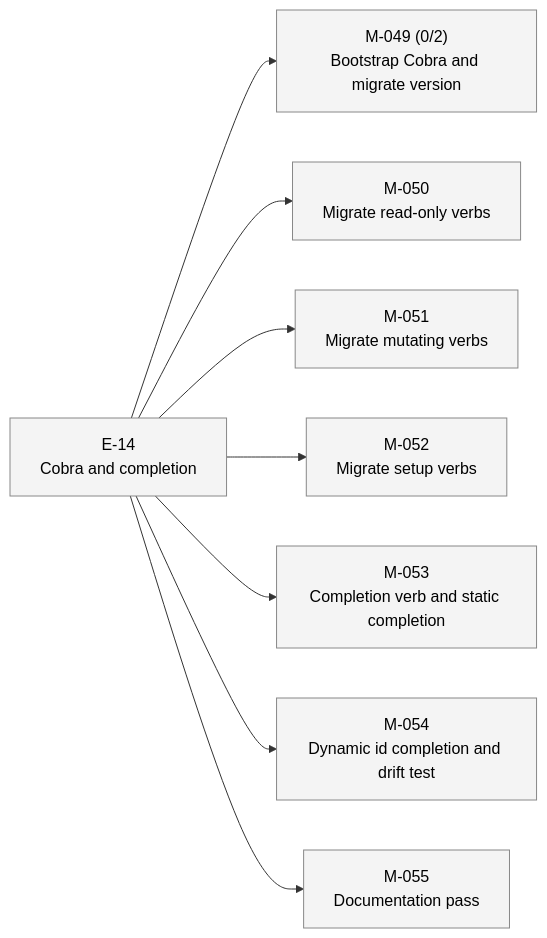
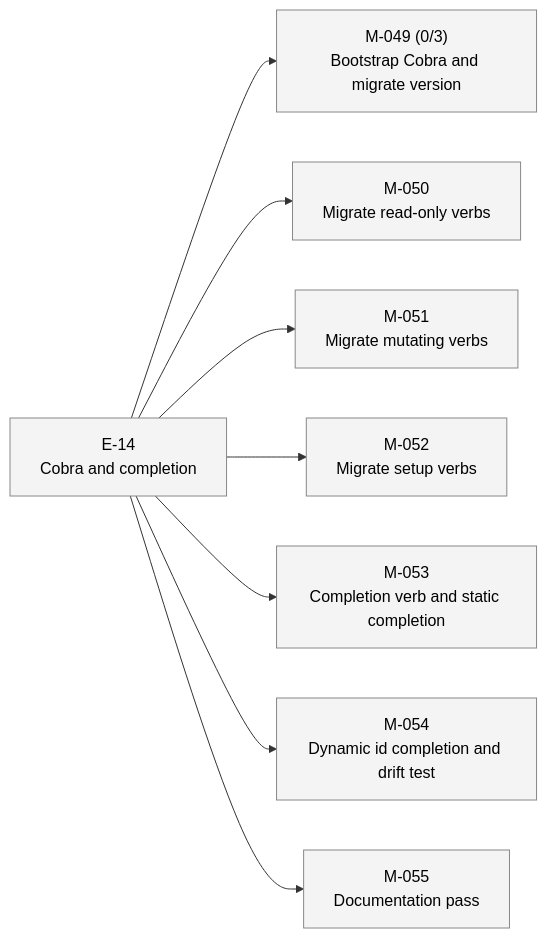
The second of 2 diagrams in STATUS.md (23min/aiwf), drawn with Mermaid before and after one commit. The commit also changed other lines of this file and 1 other file, not shown here.

First line of the commit message:
aiwf add ac M-049/AC-3 "version verb migrated; --format=json envelope shape preserved byte-exact"

````diff
--- a/STATUS.md
+++ b/STATUS.md
@@ -38,24 +38,24 @@
 ```mermaid
 flowchart LR
   E_14["E-14<br/>Cobra and completion"]:::epic_proposed
-  M_049["M-049 (0/2)<br/>Bootstrap Cobra and migrate version"]:::ms_draft
+  M_049["M-049 (0/3)<br/>Bootstrap Cobra and migrate version"]:::ms_draft
   E_14 --> M_049
   M_050["M-050<br/>Migrate read-only verbs"]:::ms_draft
   E_14 --> M_050
   M_051["M-051<br/>Migrate mutating verbs"]:::ms_draft
   E_14 --> M_051
   M_052["M-052<br/>Migrate setup verbs"]:::ms_draft
   E_14 --> M_052
   M_053["M-053<br/>Completion verb and static completion"]:::ms_draft
   E_14 --> M_053
   M_054["M-054<br/>Dynamic id completion and drift test"]:::ms_draft
   E_14 --> M_054
   M_055["M-055<br/>Documentation pass"]:::ms_draft
   E_14 --> M_055
   classDef epic_active fill:#d6eaff,stroke:#1a73e8,color:#000
   classDef epic_proposed fill:#f4f4f4,stroke:#888,color:#000
   classDef ms_done fill:#d8f5d8,stroke:#2a8a2a,color:#000
   classDef ms_in_progress fill:#fff3c4,stroke:#caa400,color:#000
   classDef ms_draft fill:#f4f4f4,stroke:#888,color:#000
   classDef ms_cancelled fill:#fbeaea,stroke:#c33,color:#000
 ```
````
